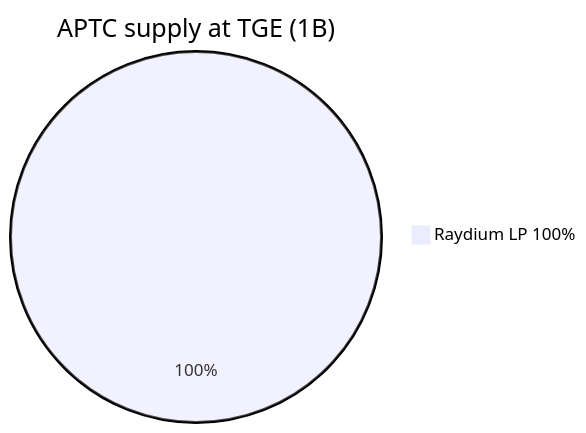
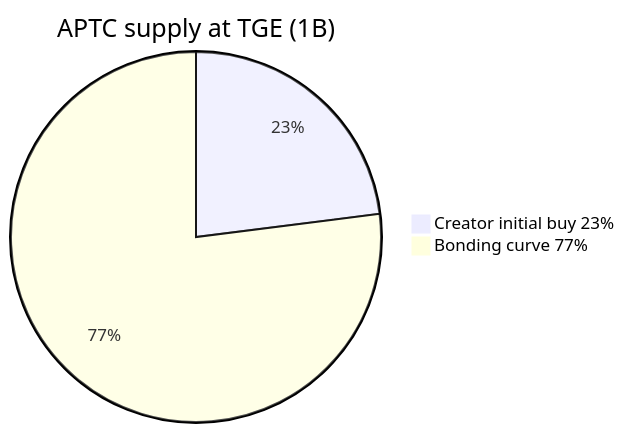
The second of 2 diagrams in docs/APTC_TOKENOMICS.md (AmaanSayyad/apt-casino), drawn with Mermaid before and after one commit. The commit also changed other lines of this file and 34 other files, not shown here.

````diff
--- a/docs/APTC_TOKENOMICS.md
+++ b/docs/APTC_TOKENOMICS.md
@@ -56,4 +59,5 @@
 ```mermaid
 pie title APTC supply at TGE (1B)
-    "Raydium LP 100%" : 100
+    "Creator initial buy 23%" : 23
+    "Bonding curve 77%" : 77
 ```
````
